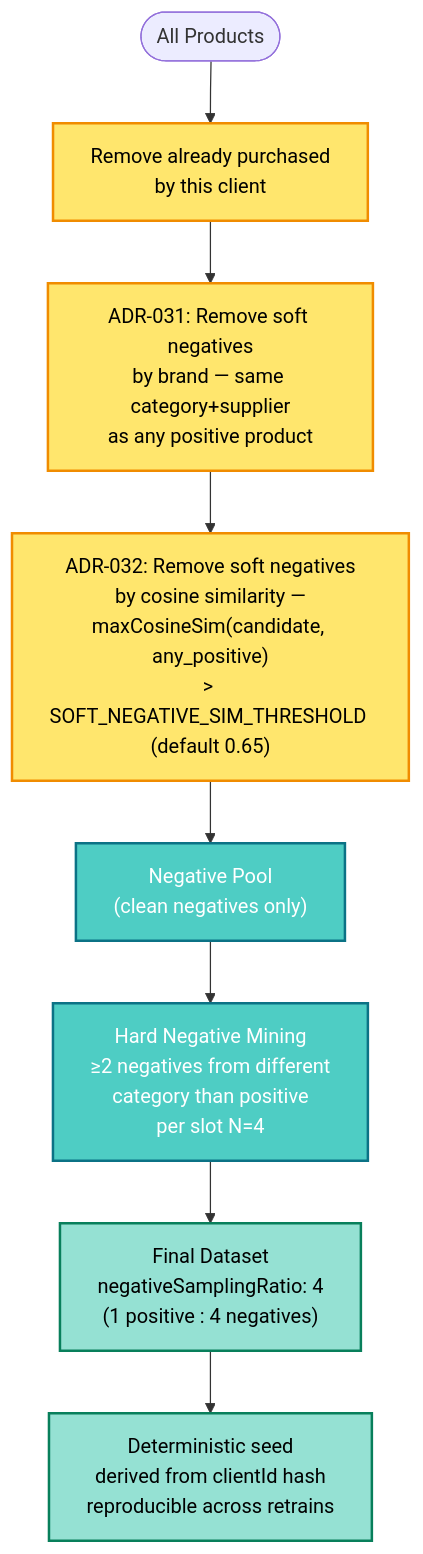
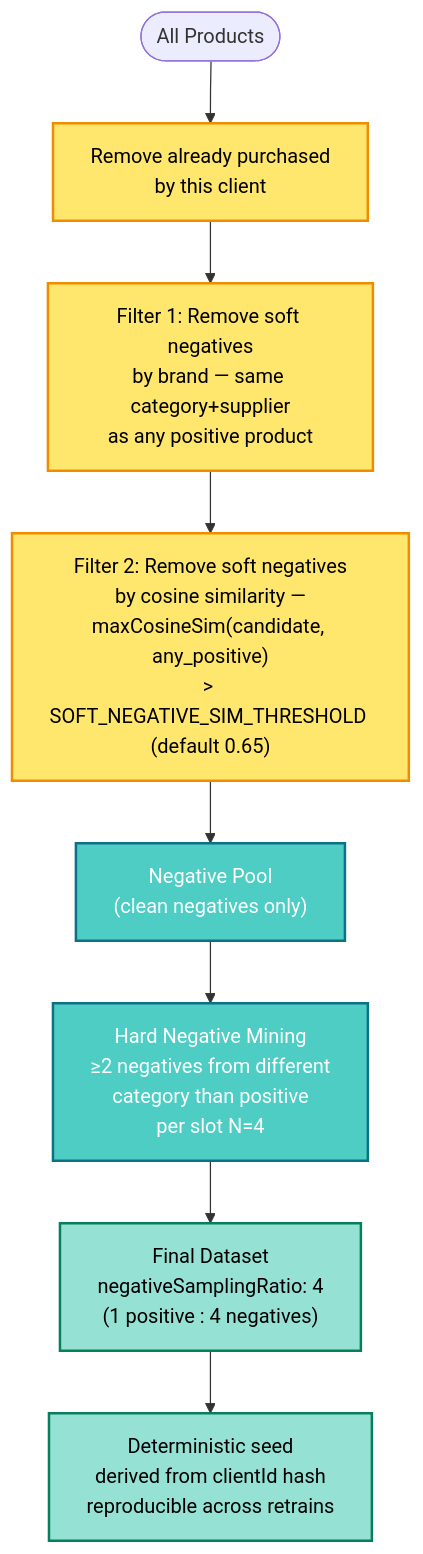
One commit to gabrielgrillorosa/smart-marketplace-recommender changed the fourth of 16 diagrams in README.md. Above: the diagram before and after it, drawn with Mermaid. The commit also changed other lines of this file and 1 other file, not shown here.

````diff
--- a/README.md
+++ b/README.md
@@ -361,18 +377,18 @@
 ```mermaid
 flowchart TD
     START([All Products]) --> FILTER1["Remove already purchased\nby this client"]
-    FILTER1 --> FILTER2["ADR-031: Remove soft negatives\nby brand — same category+supplier\nas any positive product"]
-    FILTER2 --> FILTER3["ADR-032: Remove soft negatives\nby cosine similarity —\nmaxCosineSim(candidate, any_positive)\n> SOFT_NEGATIVE_SIM_THRESHOLD (default 0.65)"]
+    FILTER1 --> FILTER2["Filter 1: Remove soft negatives\nby brand — same category+supplier\nas any positive product"]
+    FILTER2 --> FILTER3["Filter 2: Remove soft negatives\nby cosine similarity —\nmaxCosineSim(candidate, any_positive)\n> SOFT_NEGATIVE_SIM_THRESHOLD (default 0.65)"]
     FILTER3 --> POOL["Negative Pool\n(clean negatives only)"]
     POOL --> MINE["Hard Negative Mining\n≥2 negatives from different\ncategory than positive\nper slot N=4"]
     MINE --> SAMPLE["Final Dataset\nnegativeSamplingRatio: 4\n(1 positive : 4 negatives)"]
     SAMPLE --> SEED["Deterministic seed\nderived from clientId hash\nreproducible across retrains"]
 
     classDef filter fill:#FFE66D,stroke:#F08C00,color:#000,stroke-width:2px
     classDef pool fill:#4ECDC4,stroke:#0B7285,color:#fff,stroke-width:2px
     classDef output fill:#95E1D3,stroke:#087F5B,color:#000,stroke-width:2px
 
     class FILTER1,FILTER2,FILTER3 filter
     class POOL,MINE pool
     class SAMPLE,SEED output
 ```
````
